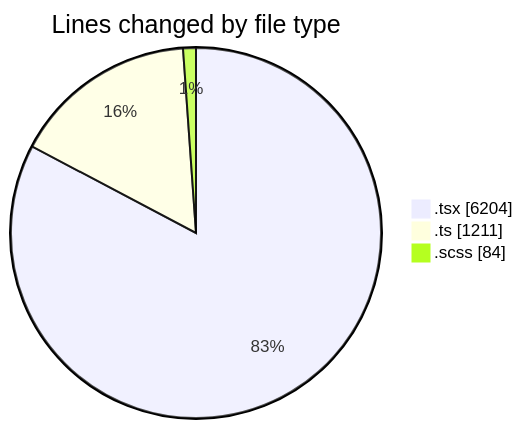
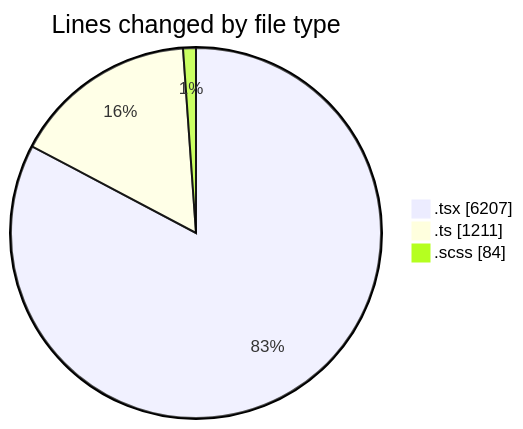
The first of 2 diagrams in 2025-07-02/cda/README.md (momahboobian/code-tracking), drawn with Mermaid before and after one commit. The commit also changed other lines of this file and 1 other file, not shown here.

````diff
--- a/2025-07-02/cda/README.md
+++ b/2025-07-02/cda/README.md
@@ -38,7 +38,7 @@
 ```mermaid
 pie showData
 title Lines changed by file type
-".tsx" : 6204
+".tsx" : 6207
 ".ts" : 1211
 ".scss" : 84
 ```
````
